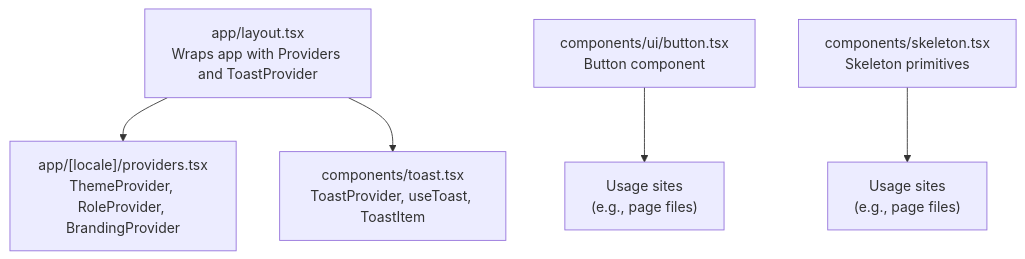
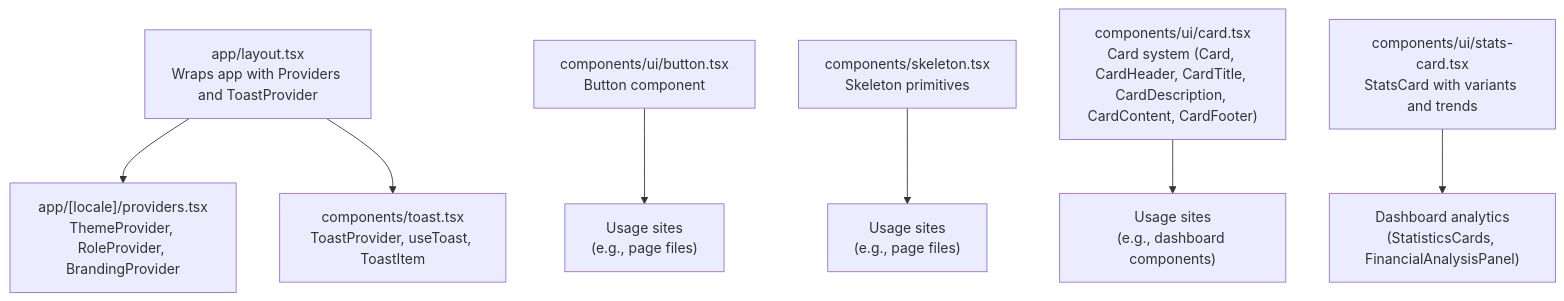
The first of 8 diagrams in .qoder/repowiki/en/content/UI Components/Core UI Components.md (mustafaalkusaj/appschoolmustafa2002), drawn with Mermaid before and after one commit. The commit also changed other lines of this file and 277 other files, not shown here.

Commit message:
Comprehensive polish: dashboard enhancements, payments/salaries/students/super-admin improvements, new UI components (badge, tabs, etc.), Figma handoff docs, redesign audits, tests, i18n, lib updates, performance reports

````diff
--- a/.qoder/repowiki/en/content/UI Components/Core UI Components.md
+++ b/.qoder/repowiki/en/content/UI Components/Core UI Components.md
@@ -33,7 +48,9 @@
 ```mermaid
 graph TB
 A["app/layout.tsx<br/>Wraps app with Providers and ToastProvider"] --> B["app/[locale]/providers.tsx<br/>ThemeProvider, RoleProvider, BrandingProvider"]
 A --> C["components/toast.tsx<br/>ToastProvider, useToast, ToastItem"]
 D["components/ui/button.tsx<br/>Button component"] --> E["Usage sites<br/>(e.g., page files)"]
 F["components/skeleton.tsx<br/>Skeleton primitives"] --> G["Usage sites<br/>(e.g., page files)"]
+H["components/ui/card.tsx<br/>Card system (Card, CardHeader, CardTitle, CardDescription, CardContent, CardFooter)"] --> I["Usage sites<br/>(e.g., dashboard components)"]
+J["components/ui/stats-card.tsx<br/>StatsCard with variants and trends"] --> K["Dashboard analytics<br/>(StatisticsCards, FinancialAnalysisPanel)"]
 ```
````
